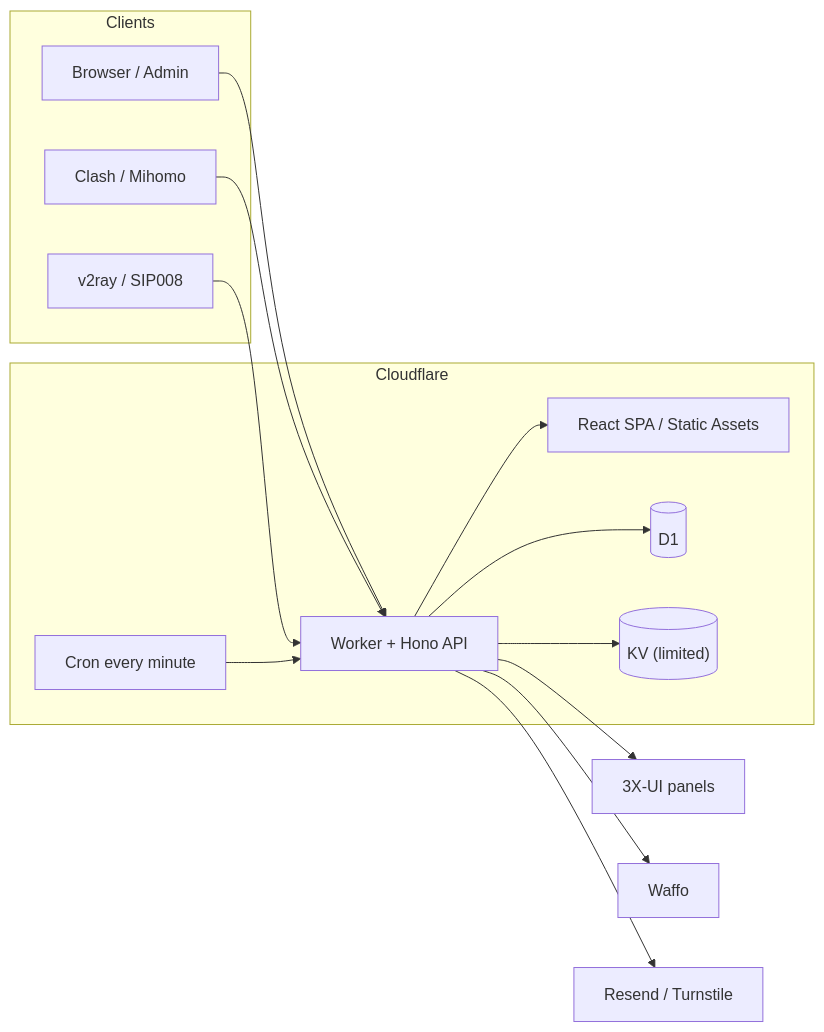
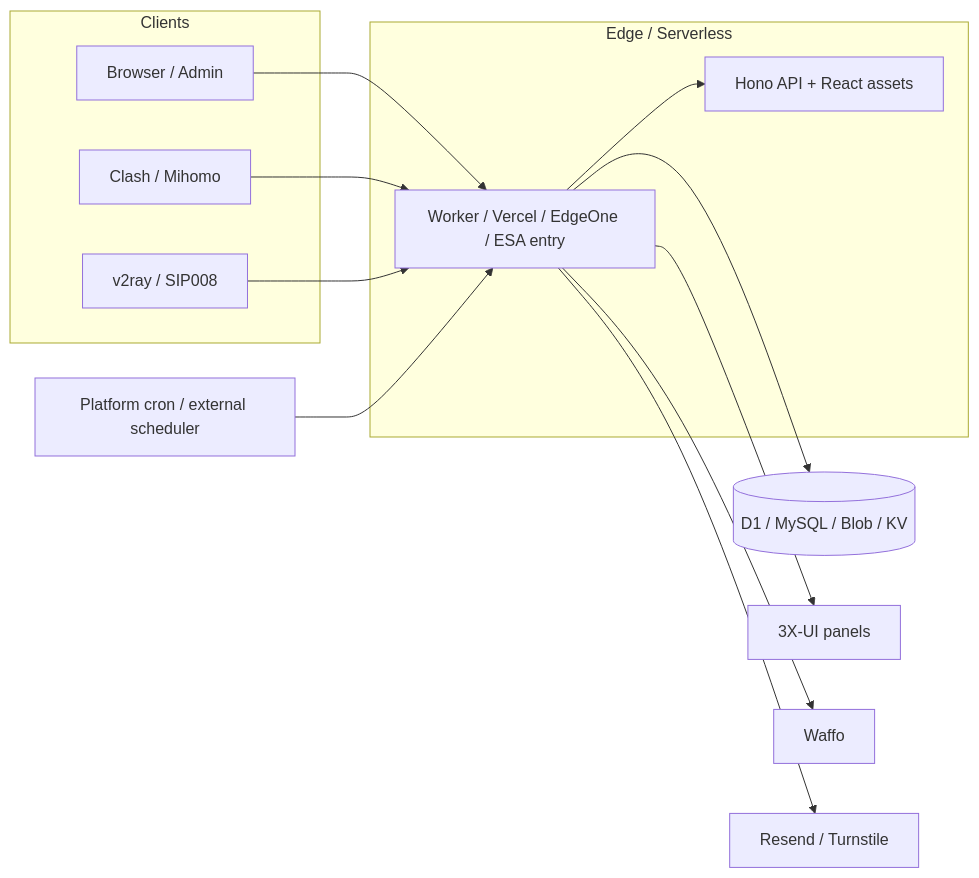
One commit to PIKACHUIM/3XUI-Manager changed the diagram in readmes/README_en.md. Above: the diagram before and after it, drawn with Mermaid. The commit also changed other lines of this file and 40 other files, not shown here.

Commit message:
feat(platform): add Blob/KV and MySQL backends for Vercel, EdgeOne and ESA

````diff
--- a/readmes/README_en.md
+++ b/readmes/README_en.md
@@ -254,31 +297,29 @@
 ```mermaid
 flowchart LR
   subgraph Clients["Clients"]
     B["Browser / Admin"]
     C["Clash / Mihomo"]
     V["v2ray / SIP008"]
   end
 
-  subgraph Edge["Cloudflare"]
-    W["Worker + Hono API"]
-    A["React SPA / Static Assets"]
-    D[("D1")]
-    K[("KV (limited)")]
-    T["Cron every minute"]
+  subgraph Platforms["Edge / Serverless"]
+    E["Worker / Vercel / EdgeOne / ESA entry"]
+    A["Hono API + React assets"]
   end
 
+  S[("D1 / MySQL / Blob / KV")]
+  T["Platform cron / external scheduler"]
   X["3X-UI panels"]
   P["Waffo"]
   M["Resend / Turnstile"]
 
-  B --> W
-  C --> W
-  V --> W
-  W --> A
-  W --> D
-  W --> K
-  T --> W
-  W --> X
-  W --> P
-  W --> M
+  B --> E
+  C --> E
+  V --> E
+  E --> A
+  E --> S
+  T --> E
+  E --> X
+  E --> P
+  E --> M
 ```
````
